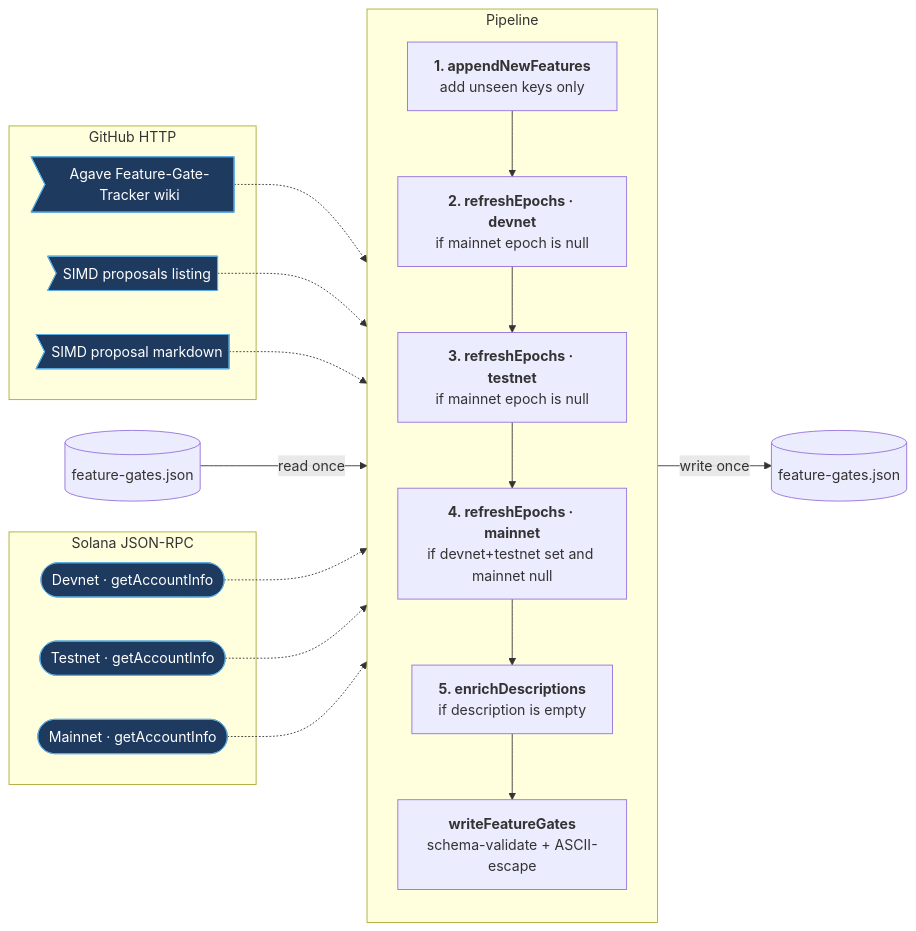
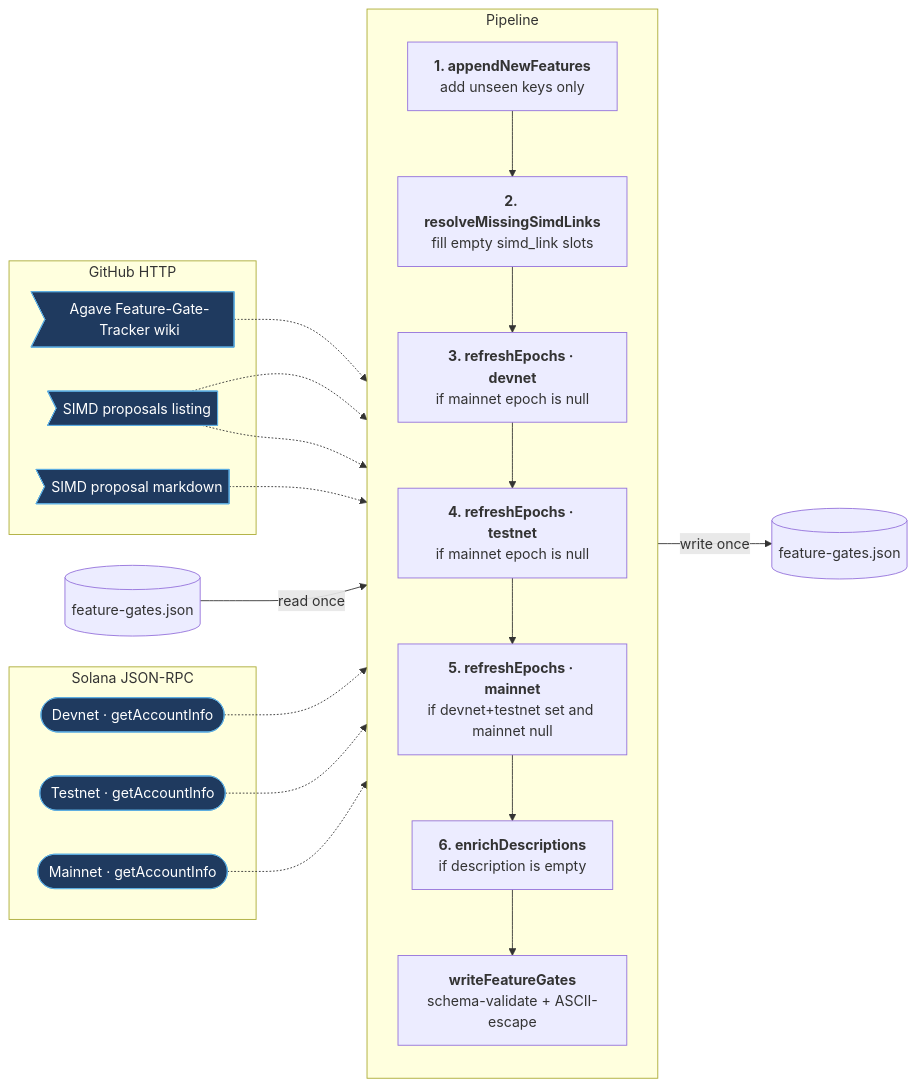
Before and after one commit to solana-foundation/explorer: the diagram in openspec/changes/rebuild-feature-gate-pipeline/design.md, drawn with Mermaid. The commit also changed other lines of this file and 7 other files, not shown here.

First line of the commit message:
feat(feature-gate): heal empty simd_link slots, kit-typed rate-limit

````diff
--- a/openspec/changes/rebuild-feature-gate-pipeline/design.md
+++ b/openspec/changes/rebuild-feature-gate-pipeline/design.md
@@ -27,41 +25,43 @@
 ```mermaid
 flowchart LR
     JSON[(feature-gates.json)]
     JSONOUT[(feature-gates.json)]
 
     subgraph pipeline [Pipeline]
         direction TB
         S1["<b>1. appendNewFeatures</b><br/>add unseen keys only"]
-        S2["<b>2. refreshEpochs · devnet</b><br/>if mainnet epoch is null"]
-        S3["<b>3. refreshEpochs · testnet</b><br/>if mainnet epoch is null"]
-        S4["<b>4. refreshEpochs · mainnet</b><br/>if devnet+testnet set and mainnet null"]
-        S5["<b>5. enrichDescriptions</b><br/>if description is empty"]
+        S2["<b>2. resolveMissingSimdLinks</b><br/>fill empty simd_link slots"]
+        S3["<b>3. refreshEpochs · devnet</b><br/>if mainnet epoch is null"]
+        S4["<b>4. refreshEpochs · testnet</b><br/>if mainnet epoch is null"]
+        S5["<b>5. refreshEpochs · mainnet</b><br/>if devnet+testnet set and mainnet null"]
+        S6["<b>6. enrichDescriptions</b><br/>if description is empty"]
         Out["<b>writeFeatureGates</b><br/>schema-validate + ASCII-escape"]
-        S1 --> S2 --> S3 --> S4 --> S5 --> Out
+        S1 --> S2 --> S3 --> S4 --> S5 --> S6 --> Out
     end
 
     subgraph github [GitHub HTTP]
         Wiki>Agave Feature-Gate-Tracker wiki]
         Proposals>SIMD proposals listing]
         Simds>SIMD proposal markdown]
     end
 
     subgraph rpc [Solana JSON-RPC]
         Devnet([Devnet · getAccountInfo])
         Testnet([Testnet · getAccountInfo])
         Mainnet([Mainnet · getAccountInfo])
     end
 
     JSON -->|read once| S1
     Out -->|write once| JSONOUT
 
     Wiki -.-> S1
     Proposals -.-> S1
-    Devnet -.-> S2
-    Testnet -.-> S3
-    Mainnet -.-> S4
-    Simds -.-> S5
+    Proposals -.-> S2
+    Devnet -.-> S3
+    Testnet -.-> S4
+    Mainnet -.-> S5
+    Simds -.-> S6
 
     classDef ext fill:#1f3a5f,stroke:#5dade2,color:#fff
     class Wiki,Proposals,Simds,Devnet,Testnet,Mainnet ext
 ```
````
